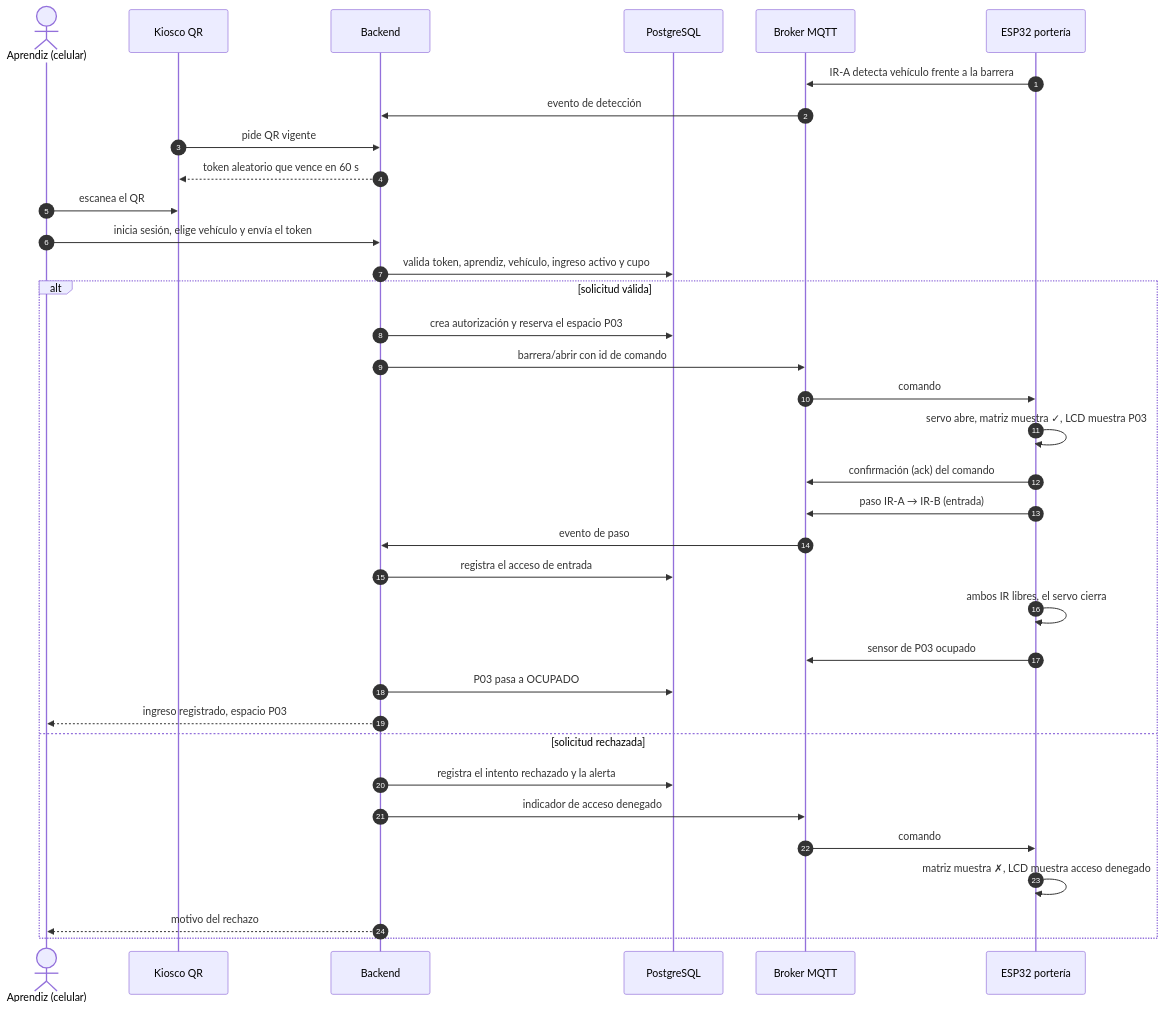
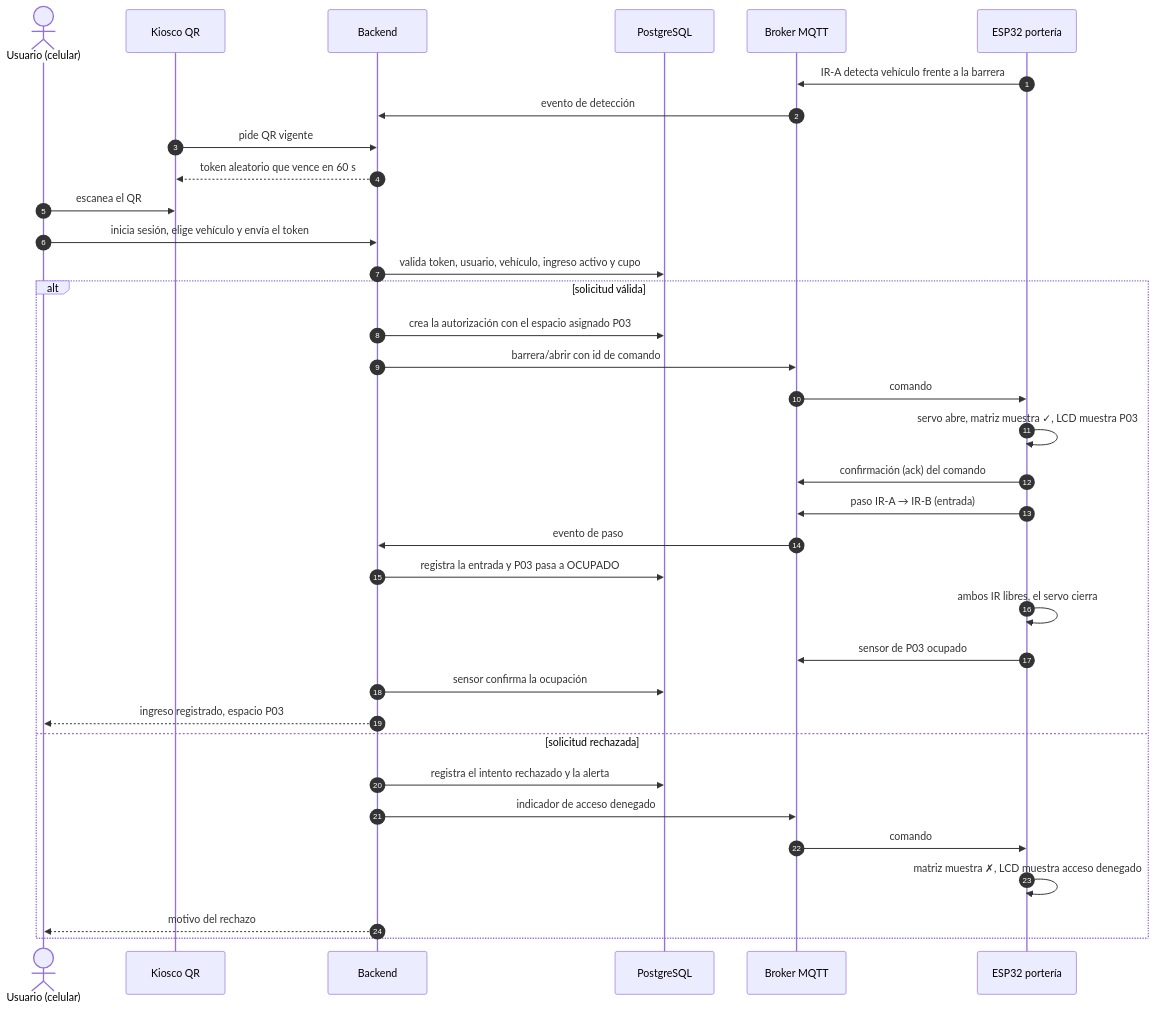
One commit to F5Alejo/Control_Personal_Sena changed the second of 4 diagrams in docs/03-arquitectura.md. Above: the diagram before and after it, drawn with Mermaid. The commit also changed other lines of this file and 42 other files, not shown here.

````diff
--- a/docs/03-arquitectura.md
+++ b/docs/03-arquitectura.md
@@ -55,38 +55,38 @@
 ```mermaid
 sequenceDiagram
     autonumber
-    actor Ap as Aprendiz (celular)
+    actor Ap as Usuario (celular)
     participant K as Kiosco QR
     participant API as Backend
     participant DB as PostgreSQL
     participant MQ as Broker MQTT
     participant E as ESP32 portería
 
     E->>MQ: IR-A detecta vehículo frente a la barrera
     MQ->>API: evento de detección
     K->>API: pide QR vigente
     API-->>K: token aleatorio que vence en 60 s
     Ap->>K: escanea el QR
     Ap->>API: inicia sesión, elige vehículo y envía el token
-    API->>DB: valida token, aprendiz, vehículo, ingreso activo y cupo
+    API->>DB: valida token, usuario, vehículo, ingreso activo y cupo
     alt solicitud válida
-        API->>DB: crea autorización y reserva el espacio P03
+        API->>DB: crea la autorización con el espacio asignado P03
         API->>MQ: barrera/abrir con id de comando
         MQ->>E: comando
         E->>E: servo abre, matriz muestra ✓, LCD muestra P03
         E->>MQ: confirmación (ack) del comando
         E->>MQ: paso IR-A → IR-B (entrada)
         MQ->>API: evento de paso
-        API->>DB: registra el acceso de entrada
+        API->>DB: registra la entrada y P03 pasa a OCUPADO
         E->>E: ambos IR libres, el servo cierra
         E->>MQ: sensor de P03 ocupado
-        API->>DB: P03 pasa a OCUPADO
+        API->>DB: sensor confirma la ocupación
         API-->>Ap: ingreso registrado, espacio P03
     else solicitud rechazada
         API->>DB: registra el intento rechazado y la alerta
         API->>MQ: indicador de acceso denegado
         MQ->>E: comando
         E->>E: matriz muestra ✗, LCD muestra acceso denegado
         API-->>Ap: motivo del rechazo
     end
 ```
````
